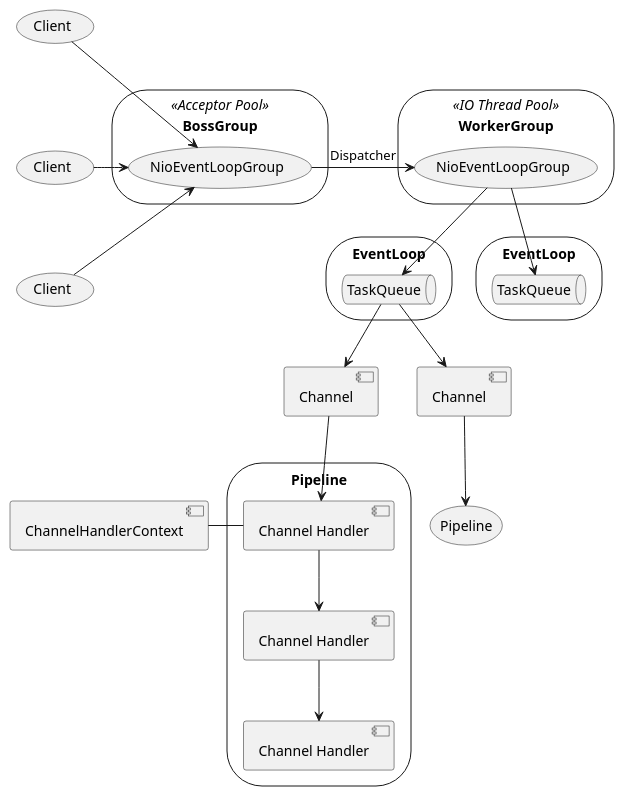
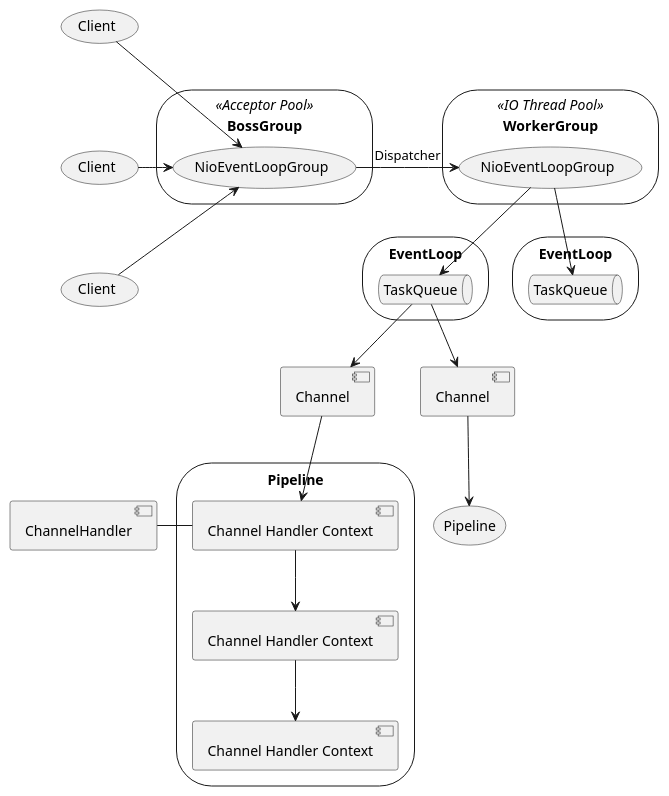
Before and after one commit to mengxianbin/cs-notes: the diagram in Architecture/Netty/Reactor/Netty/Implementation.md, drawn with PlantUML.

Commit message:
fix(netty): pipeline & context & handler

````diff
--- a/Architecture/Netty/Reactor/Netty/Implementation.md
+++ b/Architecture/Netty/Reactor/Netty/Implementation.md
@@ -1,63 +1,63 @@
 ```puml
 @startuml
 
 'left to right direction
 
 'storage Client {
     (Client) as Client1
     (Client) as Client2
     (Client) as Client3
 
     Client1 -[hidden]- Client2
     Client2 -[hidden]- Client3
 '}
 
 storage BossGroup <<Acceptor Pool>> {
     (NioEventLoopGroup) as NioEventLoopGroupBoss
 }
 
 storage WorkerGroup <<IO Thread Pool>> {
     (NioEventLoopGroup) as NioEventLoopGroupWorker
 }
 
 storage EventLoop as EventLoop1 {
     queue TaskQueue as TaskQueue1
 }
 
 storage EventLoop as EventLoop2 {
     queue TaskQueue as TaskQueue2
 }
 
 Client1 -[norank]-> NioEventLoopGroupBoss
 Client2 -> NioEventLoopGroupBoss
 Client3 -[norank]-> NioEventLoopGroupBoss
 NioEventLoopGroupBoss -> NioEventLoopGroupWorker: Dispatcher
 NioEventLoopGroupWorker --> TaskQueue1
 NioEventLoopGroupWorker --> TaskQueue2
 
 component Channel as Channel1
 component Channel as Channel2
 
 TaskQueue1 --> Channel1
 TaskQueue1 --> Channel2
 
 storage Pipeline as Pipeline1 {
-    [Channel Handler] as ChannelHandler1
-    [Channel Handler] as ChannelHandler2
-    [Channel Handler] as ChannelHandler3
+    [Channel Handler Context] as ChannelHandlerContext1
+    [Channel Handler Context] as ChannelHandlerContext2
+    [Channel Handler Context] as ChannelHandlerContext3
 
-    ChannelHandler1 --> ChannelHandler2
-    ChannelHandler2 --> ChannelHandler3
+    ChannelHandlerContext1 --> ChannelHandlerContext2
+    ChannelHandlerContext2 --> ChannelHandlerContext3
 }
 
 storage Pipeline as Pipeline2 {
 
 }
 
-Channel1 --> ChannelHandler1
+Channel1 --> ChannelHandlerContext1
 Channel2 --> Pipeline2
 
-ChannelHandler1 -left- [ChannelHandlerContext]
+ChannelHandlerContext1 -left- [ChannelHandler]
 
 @enduml
 ```
````
